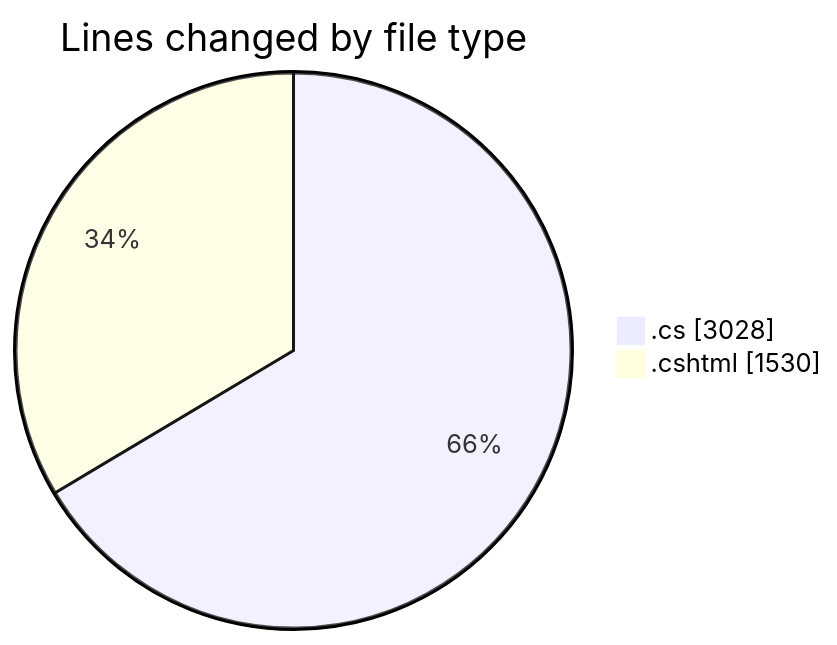
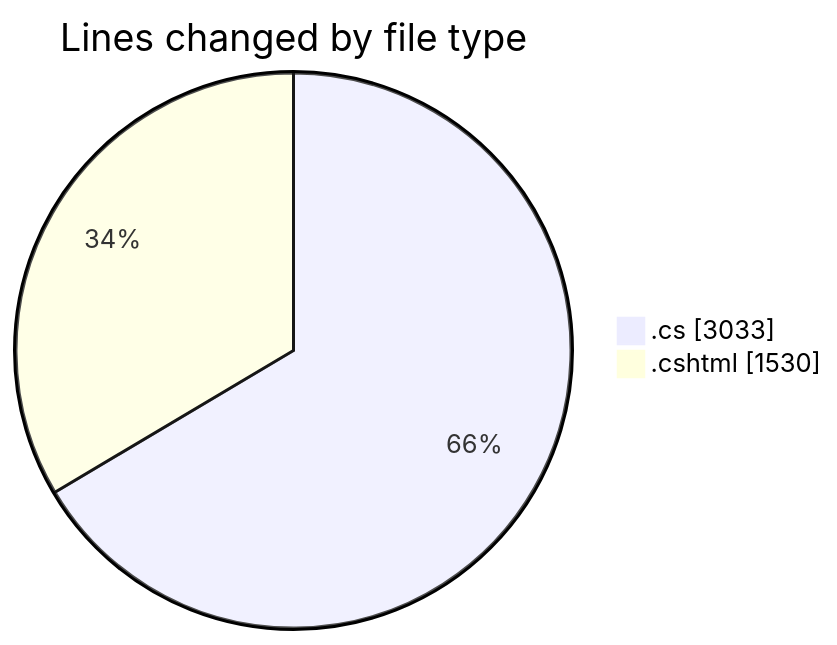
Before and after one commit to lephambinh05/code-tracking: the first of 2 diagrams in 2025-07-28/quanlyrapchieuphim-1/README.md, drawn with Mermaid. The commit also changed other lines of this file and 1 other file, not shown here.

````diff
--- a/2025-07-28/quanlyrapchieuphim-1/README.md
+++ b/2025-07-28/quanlyrapchieuphim-1/README.md
@@ -29,6 +30,6 @@
 ```mermaid
 pie showData
 title Lines changed by file type
-".cs" : 3028
+".cs" : 3033
 ".cshtml" : 1530
 ```
````
